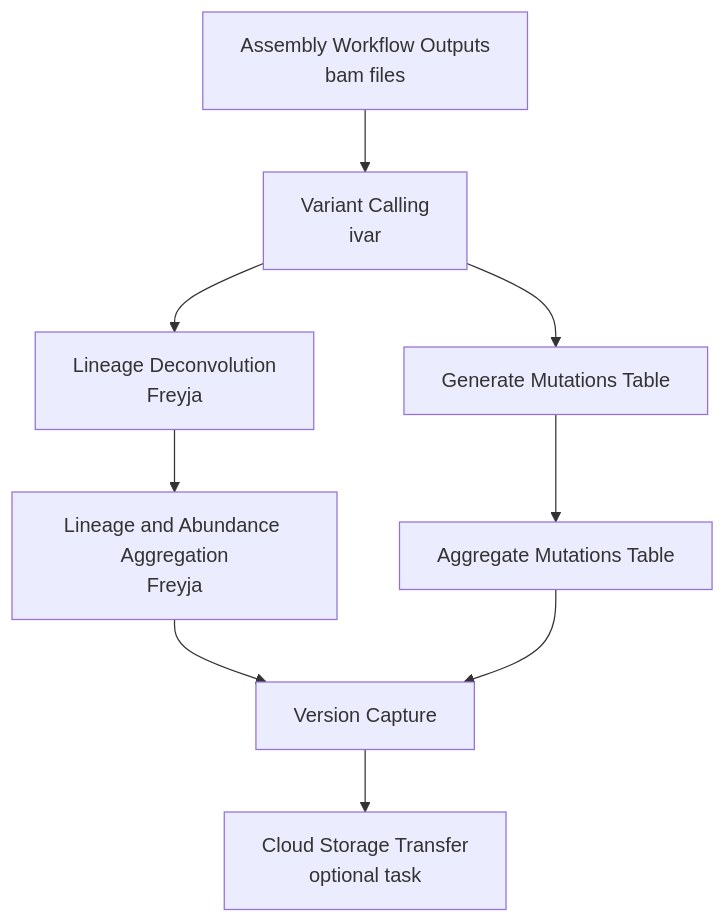
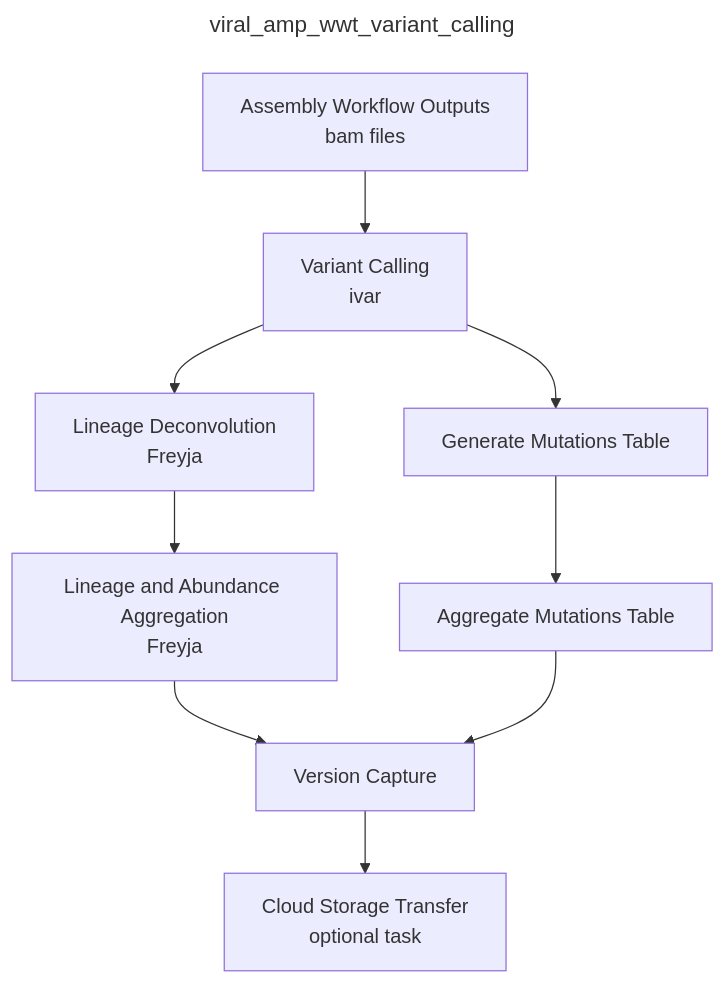
One commit to CDPHE-bioinformatics/CDPHE-Viral-Amplicon-WDL changed the third of 3 diagrams in README.md. Above: the diagram before and after it, drawn with Mermaid. The commit also changed other lines of this file, not shown here.

````diff
--- a/README.md
+++ b/README.md
@@ -50,10 +56,13 @@
 ```mermaid
+---
+title: viral_amp_wwt_variant_calling
+---
 graph TD
     A[Assembly Workflow Outputs<br/>bam files] --> B[Variant Calling<br/>ivar]
     B --> C[Lineage Deconvolution<br/>Freyja]
     C --> D[Lineage and Abundance Aggregation<br/>Freyja]
     B --> E[Generate Mutations Table]
     E --> F[Aggregate Mutations Table]
     D & F --> G[Version Capture]
     G --> H[Cloud Storage Transfer<br/>optional task]
 ```
````
